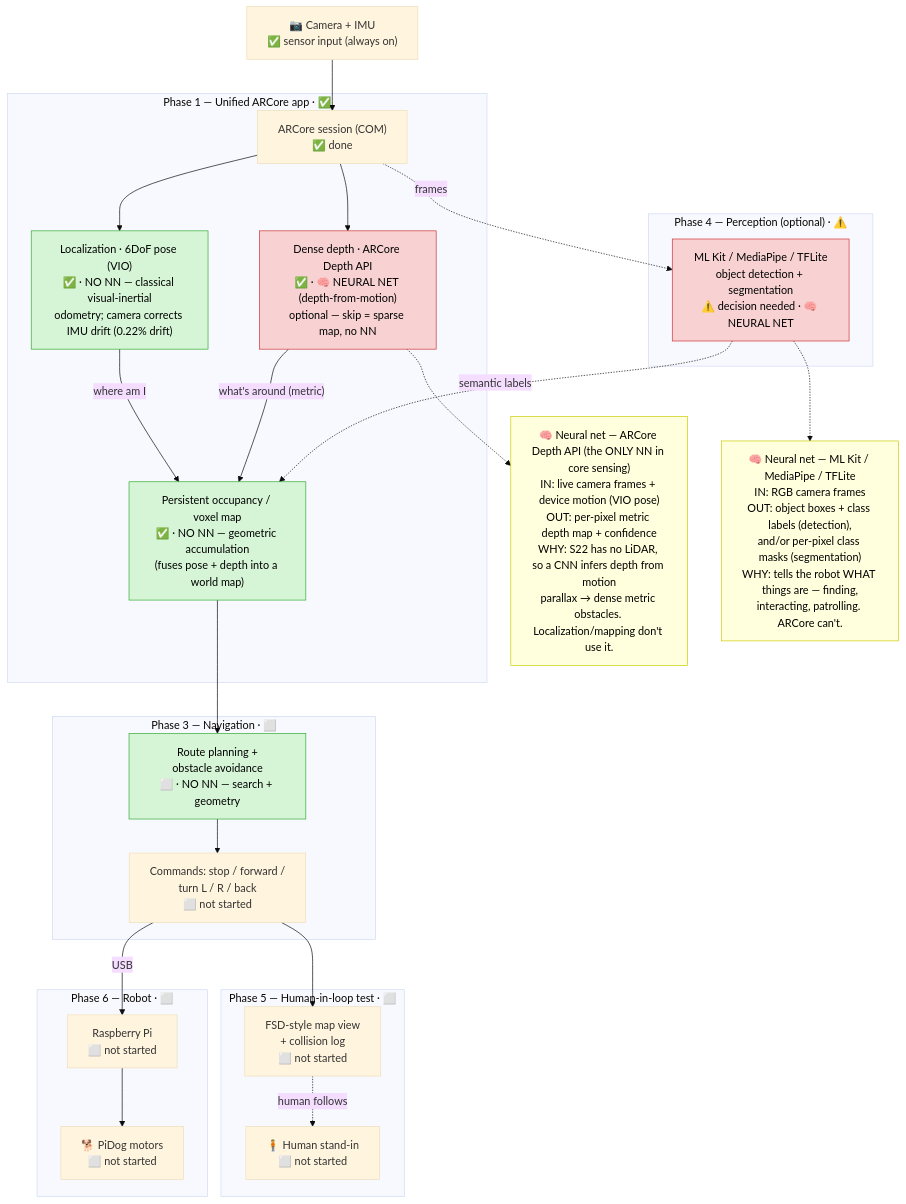
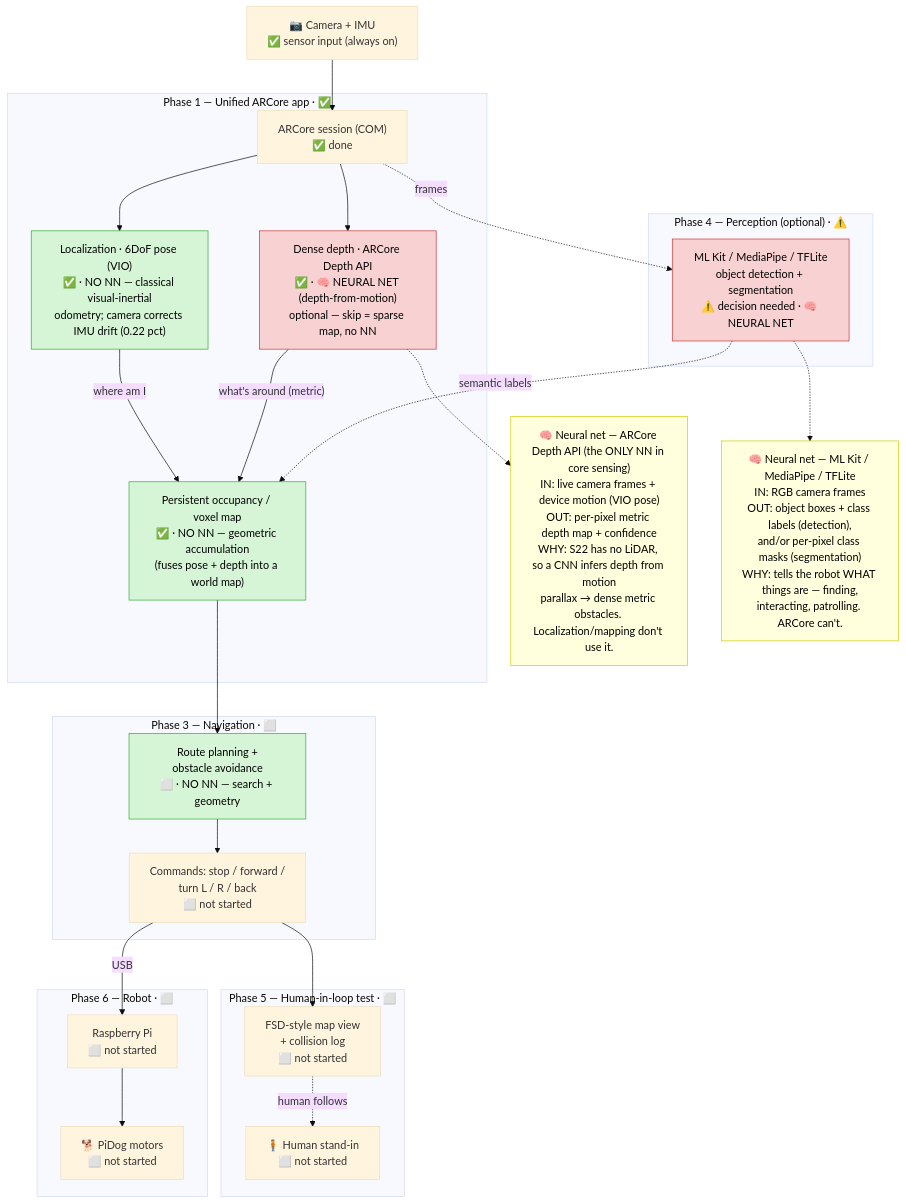
One commit to alexbhandari/pidog-public changed the first of 2 diagrams in PROJECT_PLAN.md. Above: the diagram before and after it, drawn with Mermaid (base theme).

Commit message:
sync plan + phase docs (2026-06-20)

````diff
--- a/PROJECT_PLAN.md
+++ b/PROJECT_PLAN.md
@@ -17,56 +17,56 @@
 ```mermaid
 flowchart TD
     CAM["📷 Camera + IMU<br/>✅ sensor input (always on)"]
 
     subgraph P1["Phase 1 — Unified ARCore app · ✅"]
         ARCORE["ARCore session (COM)<br/>✅ done"]
-        POSE["Localization · 6DoF pose (VIO)<br/>✅ · NO NN — classical visual-inertial<br/>odometry; camera corrects IMU drift (0.22% drift)"]
+        POSE["Localization · 6DoF pose (VIO)<br/>✅ · NO NN — classical visual-inertial<br/>odometry; camera corrects IMU drift (0.22 pct)"]
         DEPTH["Dense depth · ARCore Depth API<br/>✅ · 🧠 NEURAL NET (depth-from-motion)<br/>optional — skip = sparse map, no NN"]
         MAP["Persistent occupancy / voxel map<br/>✅ · NO NN — geometric accumulation<br/>(fuses pose + depth into a world map)"]
     end
 
     subgraph P4["Phase 4 — Perception (optional) · ⚠️"]
         ML["ML Kit / MediaPipe / TFLite<br/>object detection + segmentation<br/>⚠️ decision needed · 🧠 NEURAL NET"]
     end
 
     subgraph P3["Phase 3 — Navigation · ⬜"]
         PLAN["Route planning +<br/>obstacle avoidance<br/>⬜ · NO NN — search + geometry"]
         CMD["Commands: stop / forward /<br/>turn L / R / back<br/>⬜ not started"]
     end
 
     subgraph P5["Phase 5 — Human-in-loop test · ⬜"]
         VIEW["FSD-style map view<br/>+ collision log<br/>⬜ not started"]
         HUMAN["🧍 Human stand-in<br/>⬜ not started"]
     end
 
     subgraph P6["Phase 6 — Robot · ⬜"]
         PI["Raspberry Pi<br/>⬜ not started"]
         DOG["🐕 PiDog motors<br/>⬜ not started"]
     end
 
     CAM --> ARCORE
     ARCORE --> POSE
     ARCORE --> DEPTH
     POSE -->|"where am I"| MAP
     DEPTH -->|"what's around (metric)"| MAP
     ARCORE -.->|"frames"| ML
     ML -.->|"semantic labels"| MAP
     MAP --> PLAN
     PLAN --> CMD
     CMD --> VIEW
     VIEW -.->|"human follows"| HUMAN
     CMD -->|"USB"| PI
     PI --> DOG
 
     NN1["🧠 Neural net — ARCore Depth API (the ONLY NN in core sensing)<br/>IN: live camera frames + device motion (VIO pose)<br/>OUT: per-pixel metric depth map + confidence<br/>WHY: S22 has no LiDAR, so a CNN infers depth from motion<br/>parallax → dense metric obstacles. Localization/mapping don't use it."]
     NN2["🧠 Neural net — ML Kit / MediaPipe / TFLite<br/>IN: RGB camera frames<br/>OUT: object boxes + class labels (detection),<br/>and/or per-pixel class masks (segmentation)<br/>WHY: tells the robot WHAT things are — finding,<br/>interacting, patrolling. ARCore can't."]
     DEPTH -.-> NN1
     ML -.-> NN2
 
     classDef note fill:#ffd,stroke:#cc0,color:#000;
     classDef nonn fill:#d6f5d6,stroke:#3a3,color:#000;
     classDef nn fill:#f8d2d2,stroke:#c33,color:#000;
     class NN1,NN2 note;
     class POSE,MAP,PLAN nonn;
     class DEPTH,ML nn;
 ```
````
